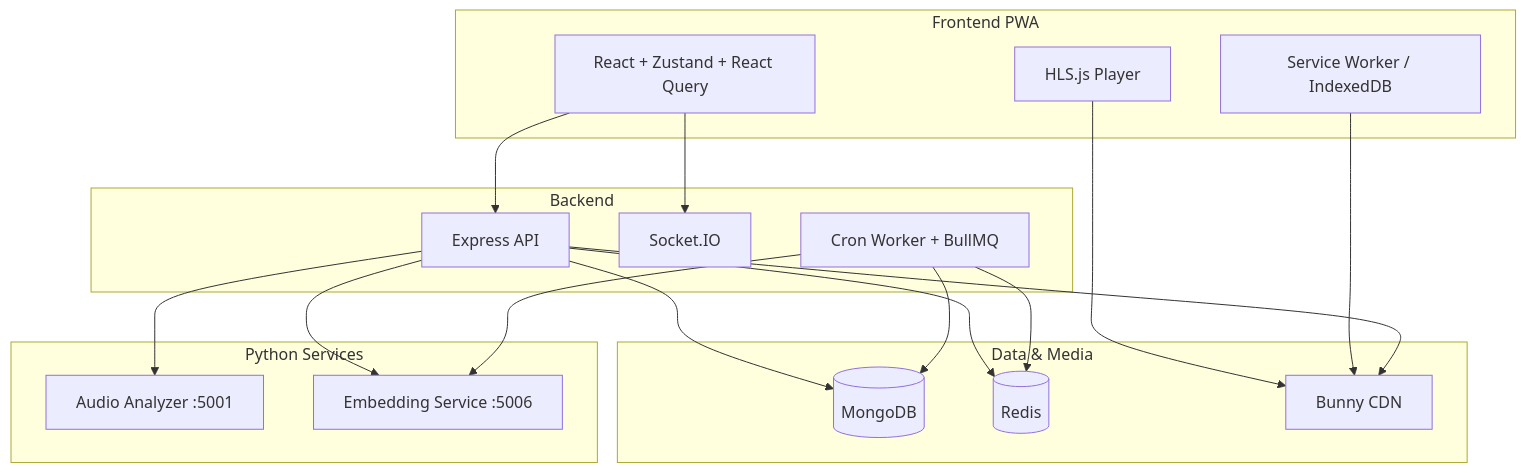
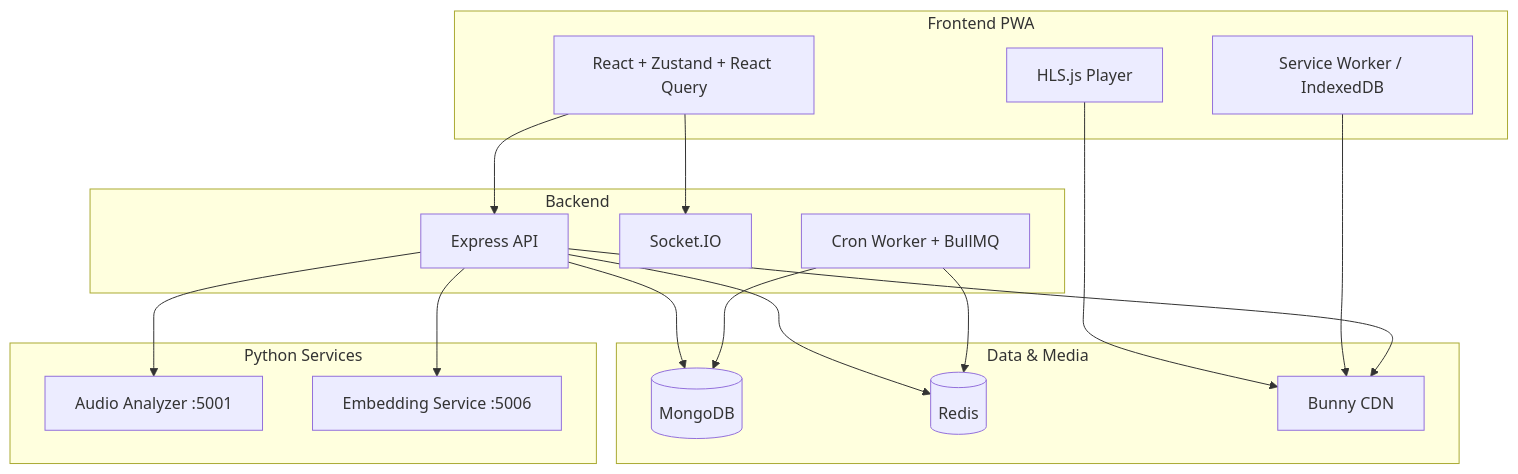
The diagram in README.md (dimondesh/Moodify), drawn with Mermaid before and after one commit. The commit also changed other lines of this file, not shown here.

````diff
--- a/README.md
+++ b/README.md
@@ -104,38 +104,37 @@
 ```mermaid
 flowchart TB
   subgraph client [Frontend PWA]
     React[React + Zustand + React Query]
     HLS[HLS.js Player]
     SW[Service Worker / IndexedDB]
   end
 
   subgraph api [Backend]
     Express[Express API]
     Socket[Socket.IO]
     Cron[Cron Worker + BullMQ]
   end
 
   subgraph data [Data & Media]
     Mongo[(MongoDB)]
     Redis[(Redis)]
     CDN[Bunny CDN]
   end
 
   subgraph ml [Python Services]
     Analyzer[Audio Analyzer :5001]
     Embedding[Embedding Service :5006]
   end
 
   React --> Express
   React --> Socket
   HLS --> CDN
   SW --> CDN
   Express --> Mongo
   Express --> Redis
   Express --> CDN
   Cron --> Mongo
   Cron --> Redis
   Express --> Analyzer
   Express --> Embedding
-  Cron --> Embedding
 ```
````
